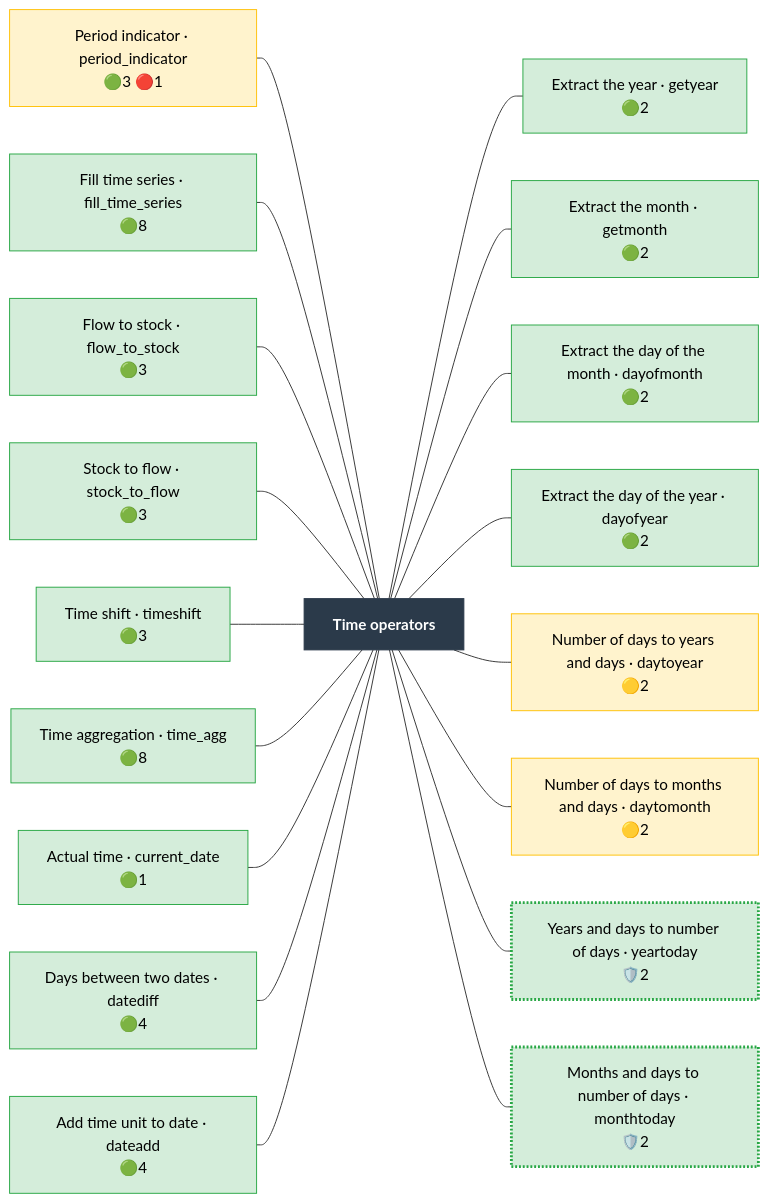
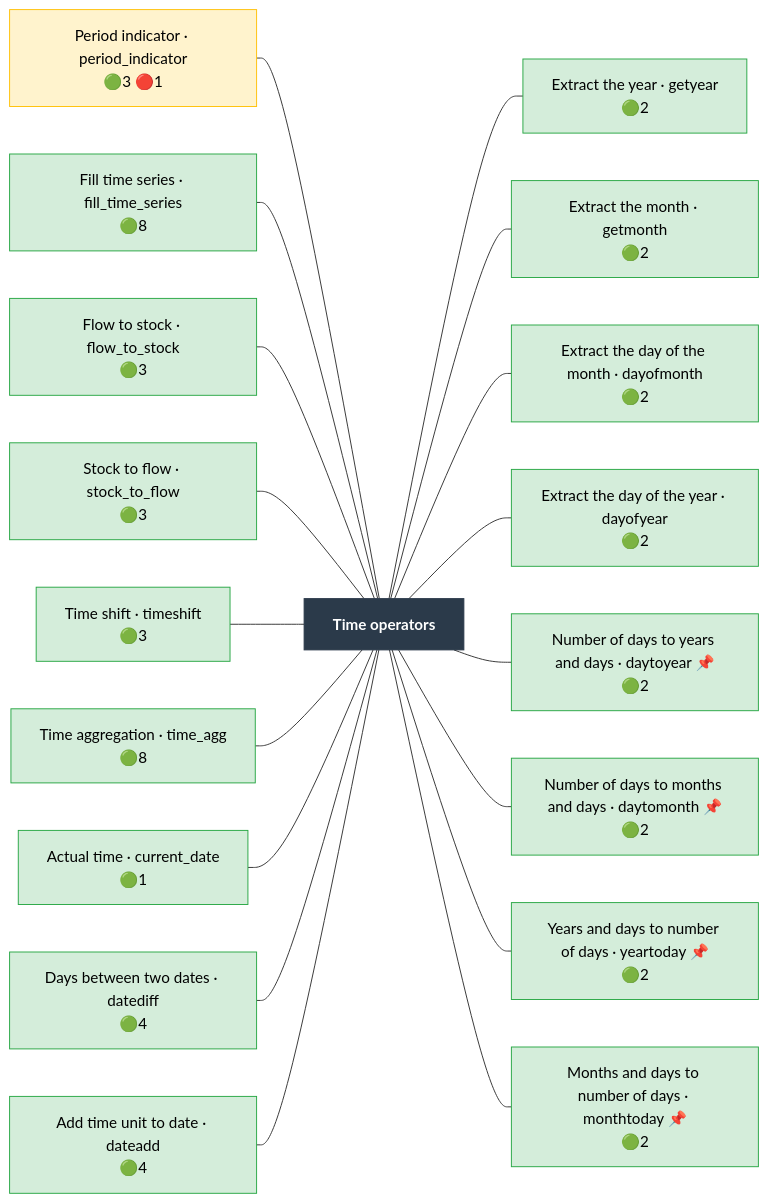
The diagram in docs/operator_map/time/index.rst (Meaningful-Data/vtlengine), drawn with Mermaid before and after one commit. The commit also changed other lines of this file and 156 other files, not shown here.

```diff
--- a/docs/operator_map/time/index.rst
+++ b/docs/operator_map/time/index.rst
@@ -17,63 +17,63 @@
 .. mermaid::
    :config: {"flowchart": {"useMaxWidth": false}}
 
    flowchart LR
        classDef ok fill:#d4edda,stroke:#28a745,color:#000
        classDef partial fill:#fff3cd,stroke:#ffc107,color:#000
        classDef refused fill:#d4edda,stroke:#28a745,stroke-width:3px,stroke-dasharray: 2 2,color:#000
        classDef missing fill:#f8d7da,stroke:#dc3545,color:#000
        classDef diverge fill:#cce5ff,stroke:#007bff,color:#000
        classDef block fill:#2b3a4a,stroke:#2b3a4a,color:#fff,font-weight:bold
        classDef ext fill:#fff,stroke:#666,color:#000,stroke-dasharray: 5 5
        B["Time operators"]:::block
        time__period_indicator["Period indicator · period_indicator<br/>🟢3 🔴1"]:::partial
        time__fill_time_series["Fill time series · fill_time_series<br/>🟢8"]:::ok
        time__flow_to_stock["Flow to stock · flow_to_stock<br/>🟢3"]:::ok
        time__stock_to_flow["Stock to flow · stock_to_flow<br/>🟢3"]:::ok
        time__timeshift["Time shift · timeshift<br/>🟢3"]:::ok
        time__time_agg["Time aggregation · time_agg<br/>🟢8"]:::ok
        time__current_date["Actual time · current_date<br/>🟢1"]:::ok
        time__datediff["Days between two dates · datediff<br/>🟢4"]:::ok
        time__dateadd["Add time unit to date · dateadd<br/>🟢4"]:::ok
        time__getyear["Extract the year · getyear<br/>🟢2"]:::ok
        time__getmonth["Extract the month · getmonth<br/>🟢2"]:::ok
        time__dayofmonth["Extract the day of the month · dayofmonth<br/>🟢2"]:::ok
        time__dayofyear["Extract the day of the year · dayofyear<br/>🟢2"]:::ok
-       time__daytoyear["Number of days to years and days · daytoyear<br/>🟡2"]:::partial
-       time__daytomonth["Number of days to months and days · daytomonth<br/>🟡2"]:::partial
-       time__yeartoday["Years and days to number of days · yeartoday<br/>🛡️2"]:::refused
-       time__monthtoday["Months and days to number of days · monthtoday<br/>🛡️2"]:::refused
+       time__daytoyear["Number of days to years and days · daytoyear 📌<br/>🟢2"]:::ok
+       time__daytomonth["Number of days to months and days · daytomonth 📌<br/>🟢2"]:::ok
+       time__yeartoday["Years and days to number of days · yeartoday 📌<br/>🟢2"]:::ok
+       time__monthtoday["Months and days to number of days · monthtoday 📌<br/>🟢2"]:::ok
        time__period_indicator --- B
        time__fill_time_series --- B
        time__flow_to_stock --- B
        time__stock_to_flow --- B
        time__timeshift --- B
        time__time_agg --- B
        time__current_date --- B
        time__datediff --- B
        time__dateadd --- B
        B --- time__getyear
        B --- time__getmonth
        B --- time__dayofmonth
        B --- time__dayofyear
        B --- time__daytoyear
        B --- time__daytomonth
        B --- time__yeartoday
        B --- time__monthtoday
        click time__period_indicator href "period_indicator.html"
        click time__fill_time_series href "fill_time_series.html"
        click time__flow_to_stock href "flow_to_stock.html"
        click time__stock_to_flow href "stock_to_flow.html"
        click time__timeshift href "timeshift.html"
        click time__time_agg href "time_agg.html"
        click time__current_date href "current_date.html"
        click time__datediff href "datediff.html"
        click time__dateadd href "dateadd.html"
        click time__getyear href "getyear.html"
        click time__getmonth href "getmonth.html"
        click time__dayofmonth href "dayofmonth.html"
        click time__dayofyear href "dayofyear.html"
        click time__daytoyear href "daytoyear.html"
        click time__daytomonth href "daytomonth.html"
        click time__yeartoday href "yeartoday.html"
        click time__monthtoday href "monthtoday.html"
```
